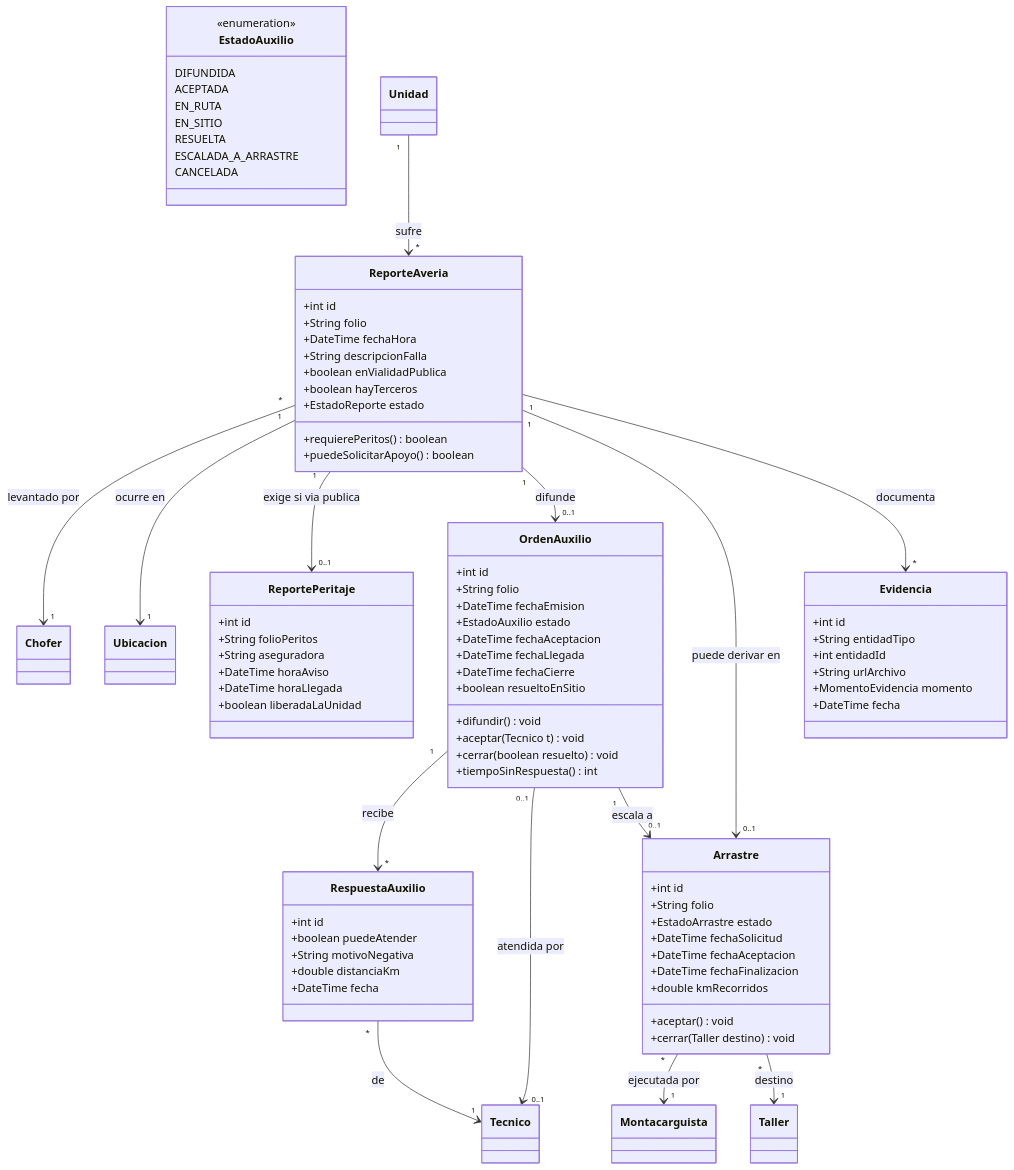
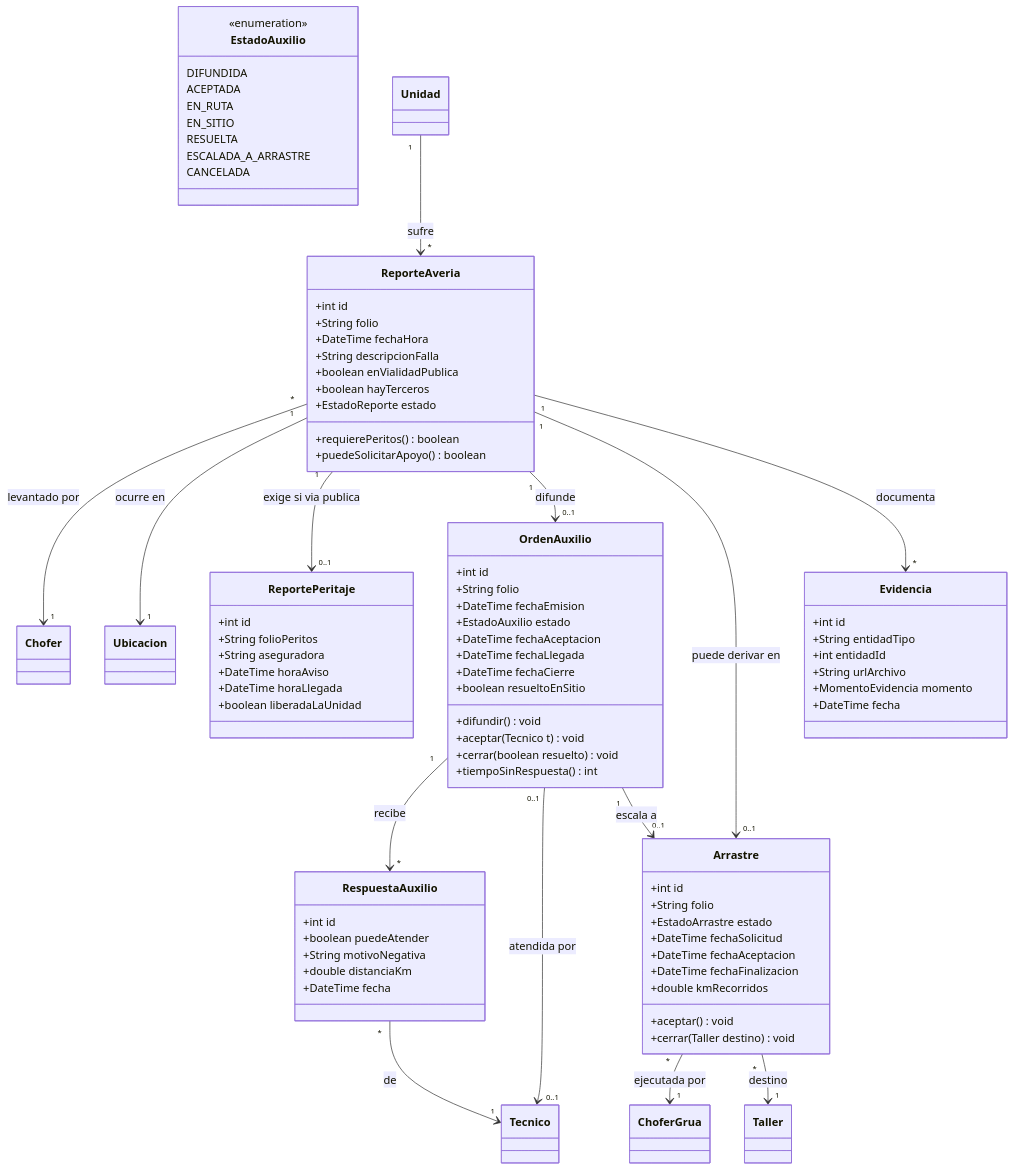
The eighth of 9 diagrams in docs/modelo-clases.md (Villener/Prueba), drawn with Mermaid before and after one commit. The commit also changed other lines of this file and 15 other files, not shown here.

````diff
--- a/docs/modelo-clases.md
+++ b/docs/modelo-clases.md
@@ -869,7 +869,7 @@
     RespuestaAuxilio "*" --> "1" Tecnico : de
     OrdenAuxilio "0..1" --> "0..1" Tecnico : atendida por
     OrdenAuxilio "1" --> "0..1" Arrastre : escala a
-    Arrastre "*" --> "1" Montacarguista : ejecutada por
+    Arrastre "*" --> "1" ChoferGrua : ejecutada por
     Arrastre "*" --> "1" Taller : destino
     ReporteAveria "1" --> "*" Evidencia : documenta
 ```
````
